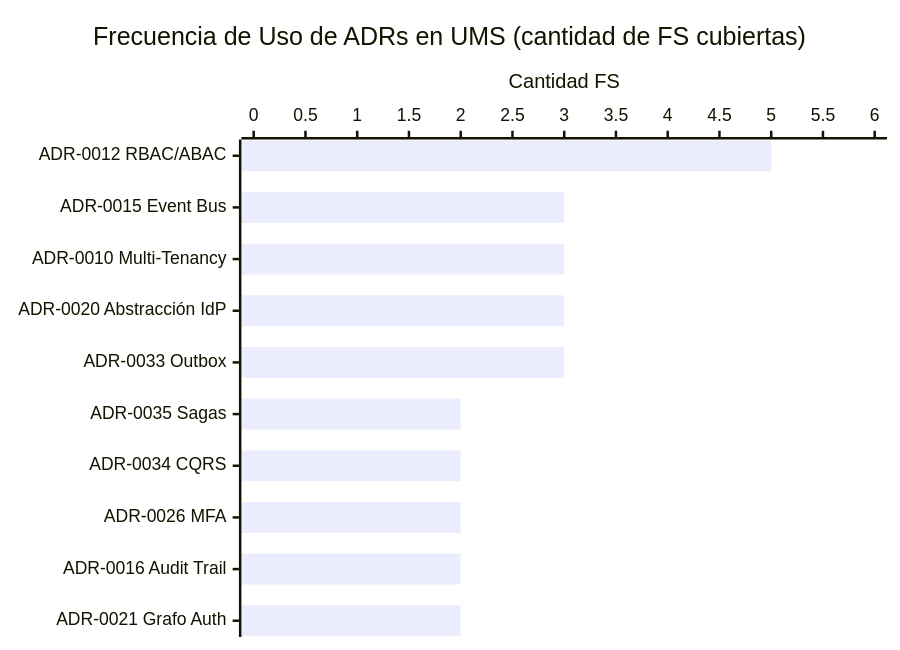
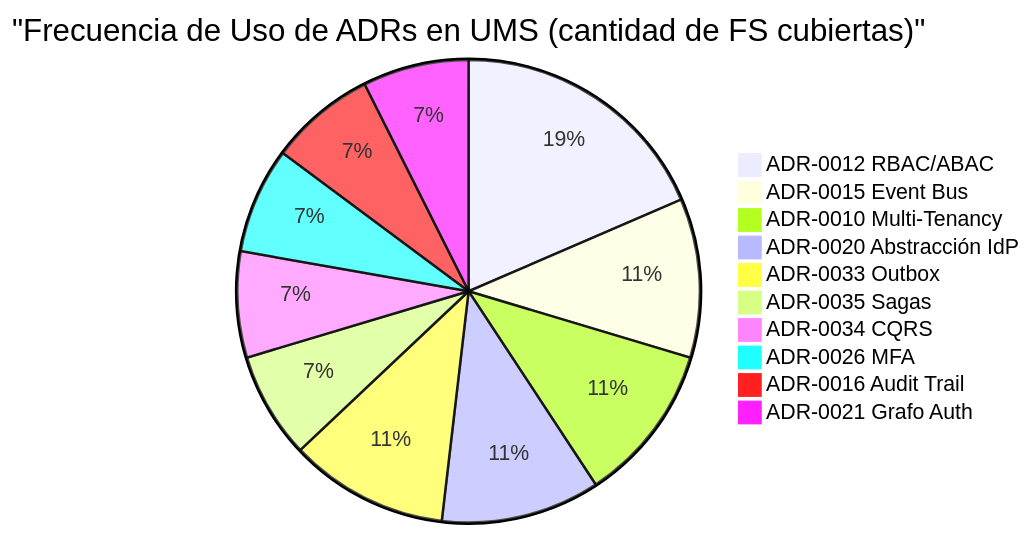
Before and after one commit to beyondnetcode/evolith_arch32: the third of 4 diagrams in reference/governance/standards/communication/visuals/v07-traceability-visual.es.md, drawn with Mermaid. The commit also changed 40 other files, not shown here.

````diff
--- a/reference/governance/standards/communication/visuals/v07-traceability-visual.es.md
+++ b/reference/governance/standards/communication/visuals/v07-traceability-visual.es.md
@@ -108,7 +108,13 @@
 ```mermaid
-xychart-beta horizontal
-    title "Frecuencia de Uso de ADRs en UMS (cantidad de FS cubiertas)"
-    x-axis ["ADR-0012 RBAC/ABAC", "ADR-0015 Event Bus", "ADR-0010 Multi-Tenancy", "ADR-0020 Abstracción IdP", "ADR-0033 Outbox", "ADR-0035 Sagas", "ADR-0034 CQRS", "ADR-0026 MFA", "ADR-0016 Audit Trail", "ADR-0021 Grafo Auth"]
-    y-axis "Cantidad FS" 0 --> 6
-    bar [5, 3, 3, 3, 3, 2, 2, 2, 2, 2]
+pie title "Frecuencia de Uso de ADRs en UMS (cantidad de FS cubiertas)"
+    "ADR-0012 RBAC/ABAC" : 5
+    "ADR-0015 Event Bus" : 3
+    "ADR-0010 Multi-Tenancy" : 3
+    "ADR-0020 Abstracción IdP" : 3
+    "ADR-0033 Outbox" : 3
+    "ADR-0035 Sagas" : 2
+    "ADR-0034 CQRS" : 2
+    "ADR-0026 MFA" : 2
+    "ADR-0016 Audit Trail" : 2
+    "ADR-0021 Grafo Auth" : 2
 ```
````
